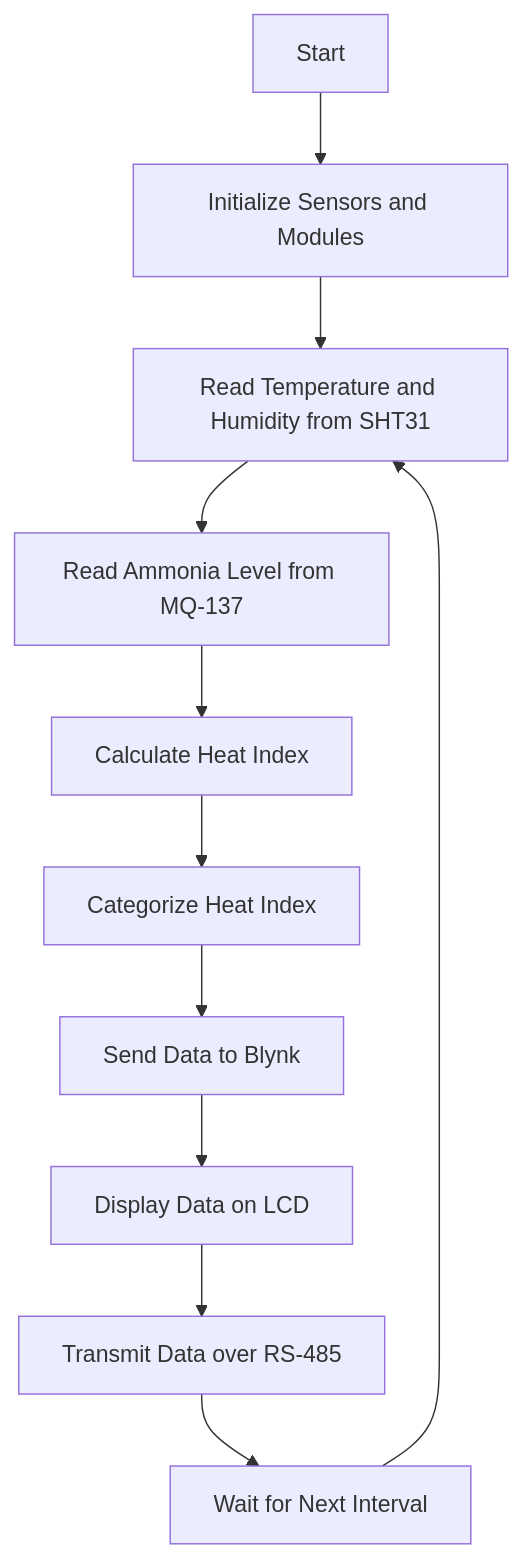
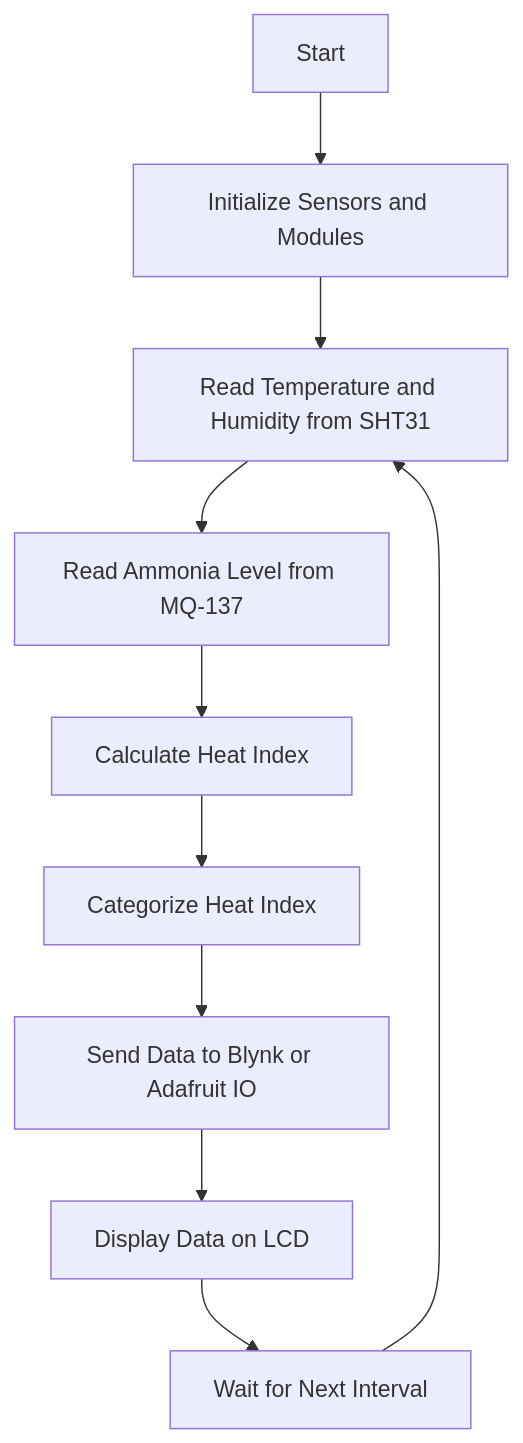
One commit to lily-open-source/Environmental-Monitoring-System changed the diagram in Readme.md. Above: the diagram before and after it, drawn with Mermaid. The commit also changed other lines of this file and 3 other files, not shown here.

````diff
--- a/Readme.md
+++ b/Readme.md
@@ -58,13 +56,12 @@
 ```mermaid
 graph TD
     A[Start] --> B[Initialize Sensors and Modules]
     B --> C[Read Temperature and Humidity from SHT31]
     C --> D[Read Ammonia Level from MQ-137]
     D --> E[Calculate Heat Index]
     E --> F[Categorize Heat Index]
-    F --> G[Send Data to Blynk]
+    F --> G[Send Data to Blynk or Adafruit IO]
     G --> H[Display Data on LCD]
-    H --> I[Transmit Data over RS-485]
-    I --> J[Wait for Next Interval]
-    J --> C
+    H --> I[Wait for Next Interval]
+    I --> C
 ```
````
